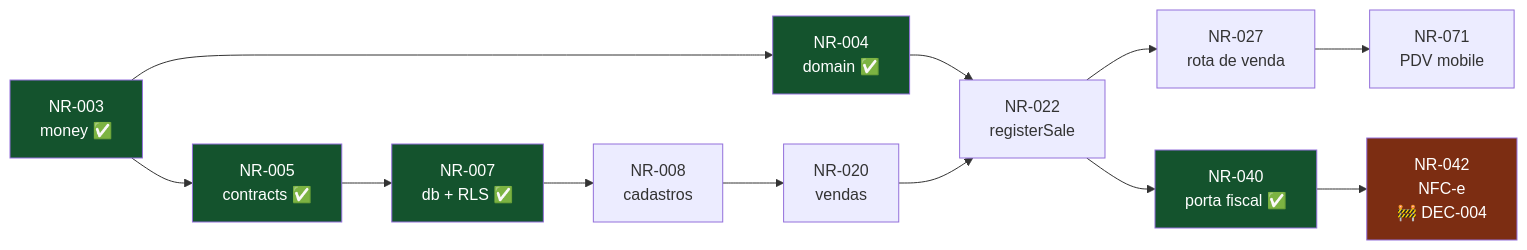
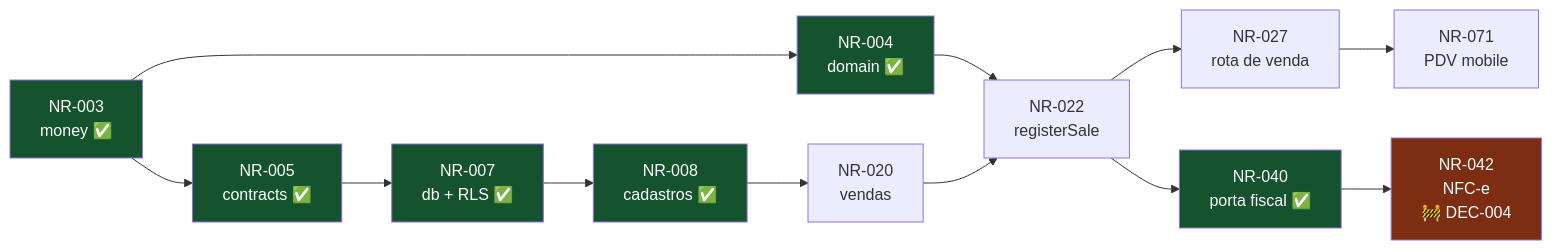
One commit to glevi2004/na-regua changed the diagram in docs/processo/task-ledger.md. Above: the diagram before and after it, drawn with Mermaid. The commit also changed other lines of this file and 6 other files, not shown here.

First line of the commit message:
feat(db): schema de cadastros com RLS em toda tabela

````diff
--- a/docs/processo/task-ledger.md
+++ b/docs/processo/task-ledger.md
@@ -178,21 +179,22 @@
 ```mermaid
 flowchart LR
     N3["NR-003<br/>money ✅"] --> N4["NR-004<br/>domain ✅"]
     N3 --> N5["NR-005<br/>contracts ✅"]
     N5 --> N7["NR-007<br/>db + RLS ✅"]
-    N7 --> N8["NR-008<br/>cadastros"]
+    N7 --> N8["NR-008<br/>cadastros ✅"]
     N8 --> N20["NR-020<br/>vendas"]
     N4 --> N22
     N20 --> N22["NR-022<br/>registerSale"]
     N22 --> N27["NR-027<br/>rota de venda"]
     N27 --> N71["NR-071<br/>PDV mobile"]
     N22 --> N40["NR-040<br/>porta fiscal ✅"]
     N40 --> N42["NR-042<br/>NFC-e<br/>🚧 DEC-004"]
 
     style N42 fill:#7c2d12,color:#fff
     style N3 fill:#14532d,color:#fff
     style N4 fill:#14532d,color:#fff
     style N5 fill:#14532d,color:#fff
     style N40 fill:#14532d,color:#fff
     style N7 fill:#14532d,color:#fff
+    style N8 fill:#14532d,color:#fff
 ```
````
